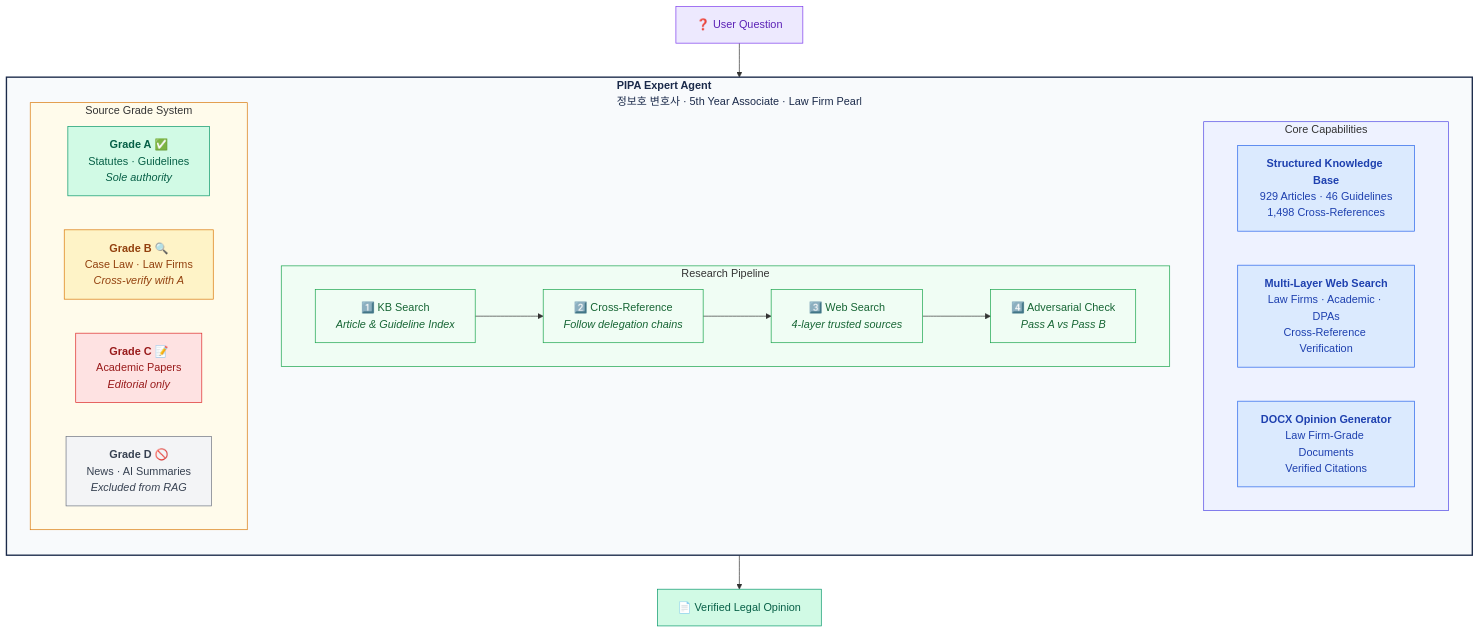
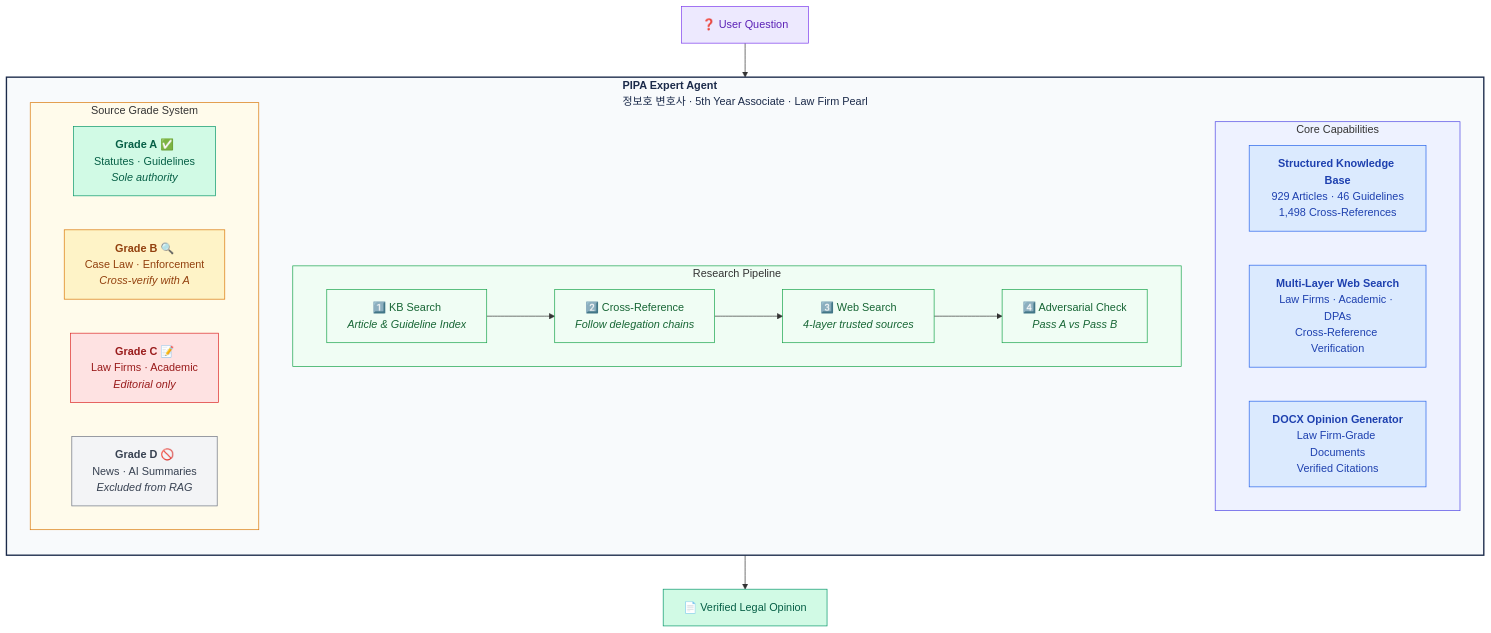
One commit to kipeum86/PIPA-expert changed the first of 2 diagrams in README.md. Above: the diagram before and after it, drawn with Mermaid. The commit also changed other lines of this file and 11 other files, not shown here.

First line of the commit message:
Reclassify source grades: law firm analysis moves from Grade B to Grade C

````diff
--- a/README.md
+++ b/README.md
@@ -48,51 +48,51 @@
 ```mermaid
 graph TB
     subgraph agent["<b>PIPA Expert Agent</b><br/>정보호 변호사 · 5th Year Associate · Law Firm Pearl"]
         direction TB
 
         subgraph core["Core Capabilities"]
             direction LR
             KB["<b>Structured Knowledge Base</b><br/>929 Articles · 46 Guidelines<br/>1,498 Cross-References"]
             WS["<b>Multi-Layer Web Search</b><br/>Law Firms · Academic · DPAs<br/>Cross-Reference Verification"]
             DX["<b>DOCX Opinion Generator</b><br/>Law Firm-Grade Documents<br/>Verified Citations"]
         end
 
         subgraph pipeline["Research Pipeline"]
             direction LR
             S1["1️⃣ KB Search<br/><i>Article & Guideline Index</i>"]
             S2["2️⃣ Cross-Reference<br/><i>Follow delegation chains</i>"]
             S3["3️⃣ Web Search<br/><i>4-layer trusted sources</i>"]
             S4["4️⃣ Adversarial Check<br/><i>Pass A vs Pass B</i>"]
             S1 --> S2 --> S3 --> S4
         end
 
         subgraph grades["Source Grade System"]
             direction LR
             GA["<b>Grade A</b> ✅<br/>Statutes · Guidelines<br/><i>Sole authority</i>"]
-            GB["<b>Grade B</b> 🔍<br/>Case Law · Law Firms<br/><i>Cross-verify with A</i>"]
-            GC["<b>Grade C</b> 📝<br/>Academic Papers<br/><i>Editorial only</i>"]
+            GB["<b>Grade B</b> 🔍<br/>Case Law · Enforcement<br/><i>Cross-verify with A</i>"]
+            GC["<b>Grade C</b> 📝<br/>Law Firms · Academic<br/><i>Editorial only</i>"]
             GD["<b>Grade D</b> 🚫<br/>News · AI Summaries<br/><i>Excluded from RAG</i>"]
         end
     end
 
     Q["❓ User Question"] --> S1
     S4 --> O["📄 Verified Legal Opinion"]
 
     style agent fill:#f8fafc,stroke:#1B2A4A,stroke-width:2px,color:#1B2A4A
     style core fill:#eef2ff,stroke:#4f46e5,stroke-width:1px
     style pipeline fill:#f0fdf4,stroke:#16a34a,stroke-width:1px
     style grades fill:#fffbeb,stroke:#d97706,stroke-width:1px
     style KB fill:#dbeafe,stroke:#2563eb,color:#1e40af
     style WS fill:#dbeafe,stroke:#2563eb,color:#1e40af
     style DX fill:#dbeafe,stroke:#2563eb,color:#1e40af
     style GA fill:#d1fae5,stroke:#059669,color:#065f46
     style GB fill:#fef3c7,stroke:#d97706,color:#92400e
     style GC fill:#fee2e2,stroke:#dc2626,color:#991b1b
     style GD fill:#f3f4f6,stroke:#6b7280,color:#374151
     style Q fill:#ede9fe,stroke:#7c3aed,color:#5b21b6
     style O fill:#d1fae5,stroke:#059669,color:#065f46
     style S1 fill:#f0fdf4,stroke:#16a34a,color:#166534
     style S2 fill:#f0fdf4,stroke:#16a34a,color:#166534
     style S3 fill:#f0fdf4,stroke:#16a34a,color:#166534
     style S4 fill:#f0fdf4,stroke:#16a34a,color:#166534
 ```
````
